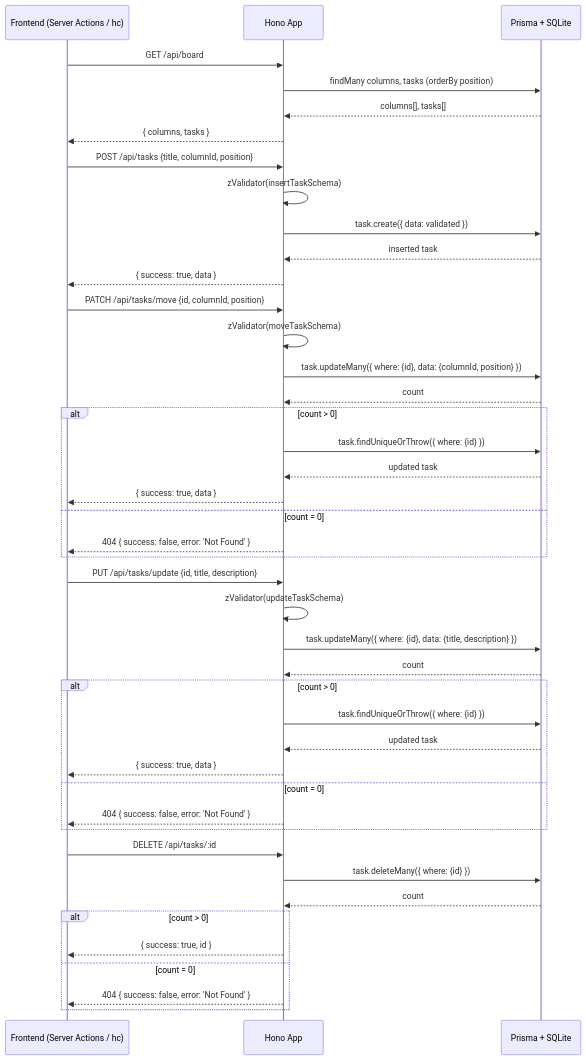
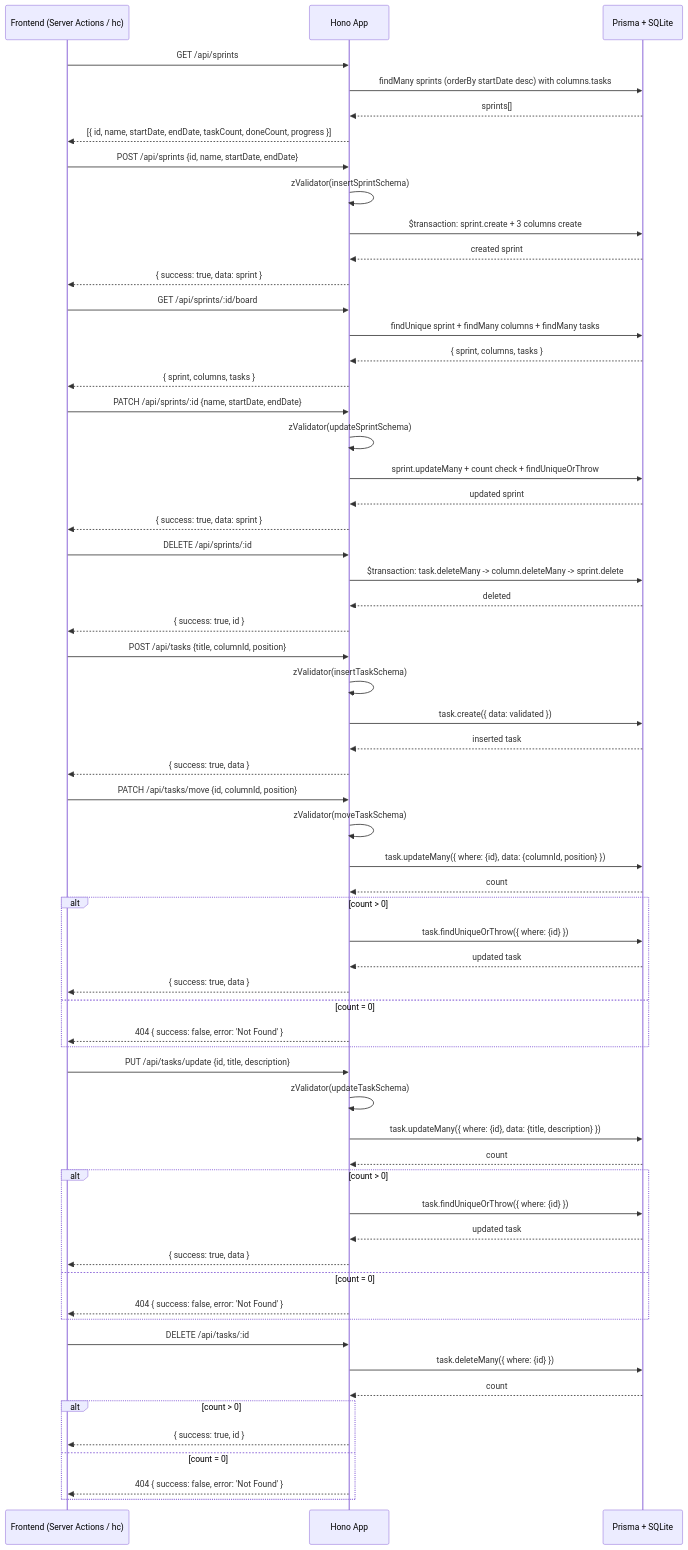
The fourth of 6 diagrams in docs/architecture.md (ryu1/hono-react-board-app), drawn with Mermaid before and after one commit. The commit also changed other lines of this file and 8 other files, not shown here.

````diff
--- a/docs/architecture.md
+++ b/docs/architecture.md
@@ -180,50 +203,72 @@
 ```mermaid
 sequenceDiagram
     participant Client as Frontend (Server Actions / hc)
     participant Server as Hono App
     participant DB as Prisma + SQLite
 
-    Client->>Server: GET /api/board
-    Server->>DB: findMany columns, tasks (orderBy position)
-    DB-->>Server: columns[], tasks[]
-    Server-->>Client: { columns, tasks }
+    Client->>Server: GET /api/sprints
+    Server->>DB: findMany sprints (orderBy startDate desc) with columns.tasks
+    DB-->>Server: sprints[]
+    Server-->>Client: [{ id, name, startDate, endDate, taskCount, doneCount, progress }]
+
+    Client->>Server: POST /api/sprints {id, name, startDate, endDate}
+    Server->>Server: zValidator(insertSprintSchema)
+    Server->>DB: $transaction: sprint.create + 3 columns create
+    DB-->>Server: created sprint
+    Server-->>Client: { success: true, data: sprint }
+
+    Client->>Server: GET /api/sprints/:id/board
+    Server->>DB: findUnique sprint + findMany columns + findMany tasks
+    DB-->>Server: { sprint, columns, tasks }
+    Server-->>Client: { sprint, columns, tasks }
+
+    Client->>Server: PATCH /api/sprints/:id {name, startDate, endDate}
+    Server->>Server: zValidator(updateSprintSchema)
+    Server->>DB: sprint.updateMany + count check + findUniqueOrThrow
+    DB-->>Server: updated sprint
+    Server-->>Client: { success: true, data: sprint }
+
+    Client->>Server: DELETE /api/sprints/:id
+    Server->>DB: $transaction: task.deleteMany -> column.deleteMany -> sprint.delete
+    DB-->>Server: deleted
+    Server-->>Client: { success: true, id }
 
     Client->>Server: POST /api/tasks {title, columnId, position}
     Server->>Server: zValidator(insertTaskSchema)
     Server->>DB: task.create({ data: validated })
     DB-->>Server: inserted task
     Server-->>Client: { success: true, data }
 
     Client->>Server: PATCH /api/tasks/move {id, columnId, position}
     Server->>Server: zValidator(moveTaskSchema)
     Server->>DB: task.updateMany({ where: {id}, data: {columnId, position} })
     DB-->>Server: count
     alt count > 0
         Server->>DB: task.findUniqueOrThrow({ where: {id} })
         DB-->>Server: updated task
         Server-->>Client: { success: true, data }
     else count = 0
         Server-->>Client: 404 { success: false, error: 'Not Found' }
     end
 
     Client->>Server: PUT /api/tasks/update {id, title, description}
     Server->>Server: zValidator(updateTaskSchema)
     Server->>DB: task.updateMany({ where: {id}, data: {title, description} })
     DB-->>Server: count
     alt count > 0
         Server->>DB: task.findUniqueOrThrow({ where: {id} })
         DB-->>Server: updated task
         Server-->>Client: { success: true, data }
     else count = 0
         Server-->>Client: 404 { success: false, error: 'Not Found' }
     end
 
     Client->>Server: DELETE /api/tasks/:id
     Server->>DB: task.deleteMany({ where: {id} })
     DB-->>Server: count
     alt count > 0
         Server-->>Client: { success: true, id }
     else count = 0
         Server-->>Client: 404 { success: false, error: 'Not Found' }
     end
 ```
````
